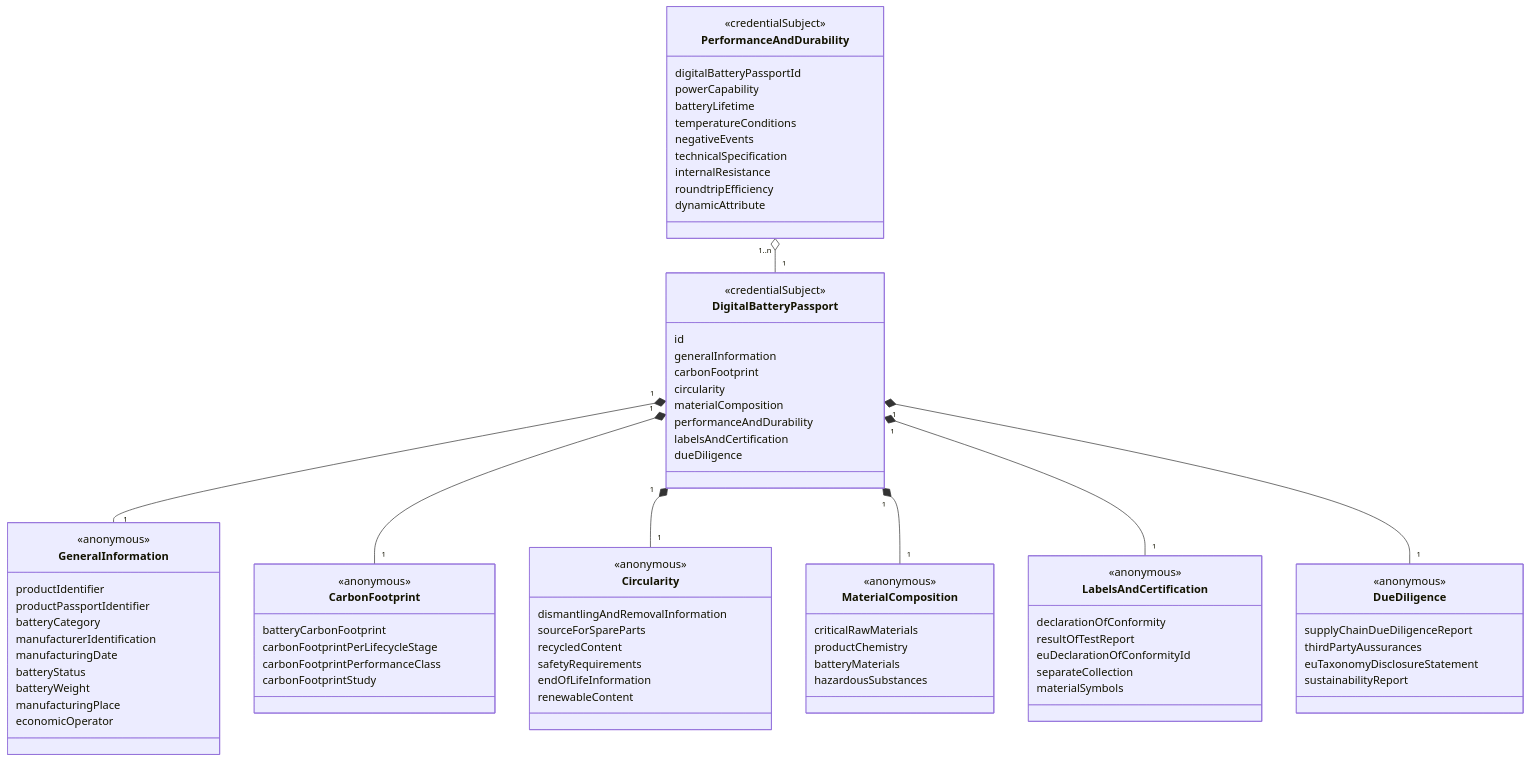
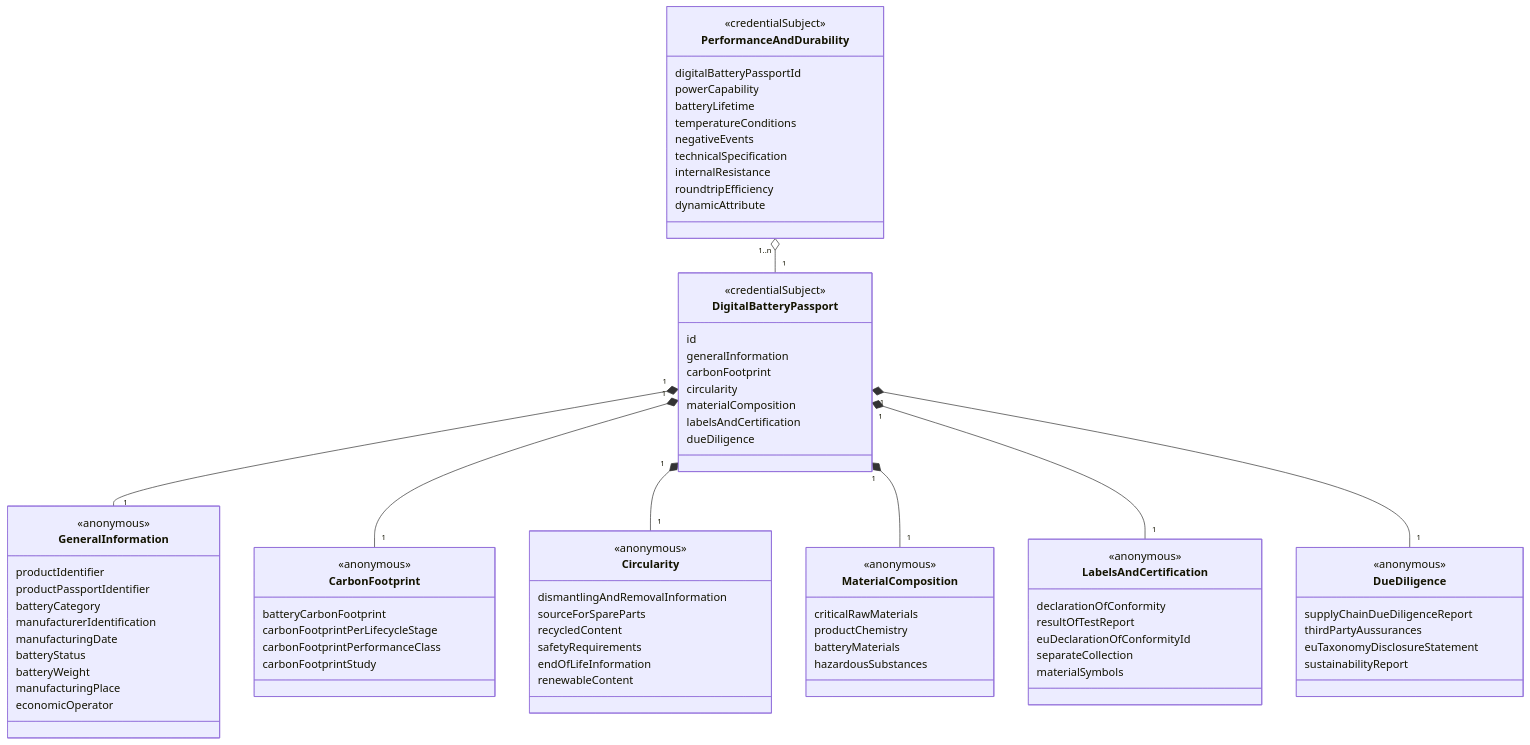
The first of 8 diagrams in docs/contexts/dbp/vocabulary.md (spherity/dpp-vocabulary), drawn with Mermaid before and after one commit. The commit also changed 1 other file, not shown here.

Commit message:
fix: dbp example

```diff
--- a/docs/contexts/dbp/vocabulary.md
+++ b/docs/contexts/dbp/vocabulary.md
@@ -30,7 +30,6 @@
         carbonFootprint
         circularity
         materialComposition
-        performanceAndDurability
         labelsAndCertification
         dueDiligence
     }
```
